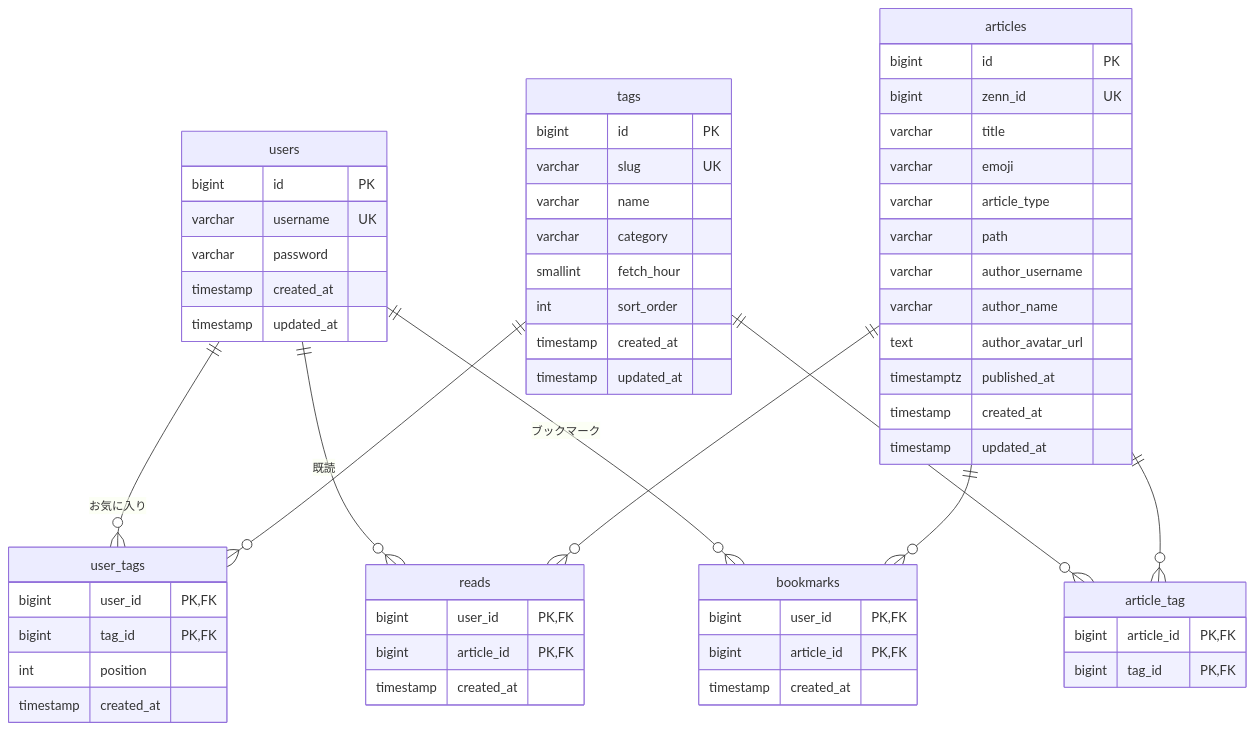
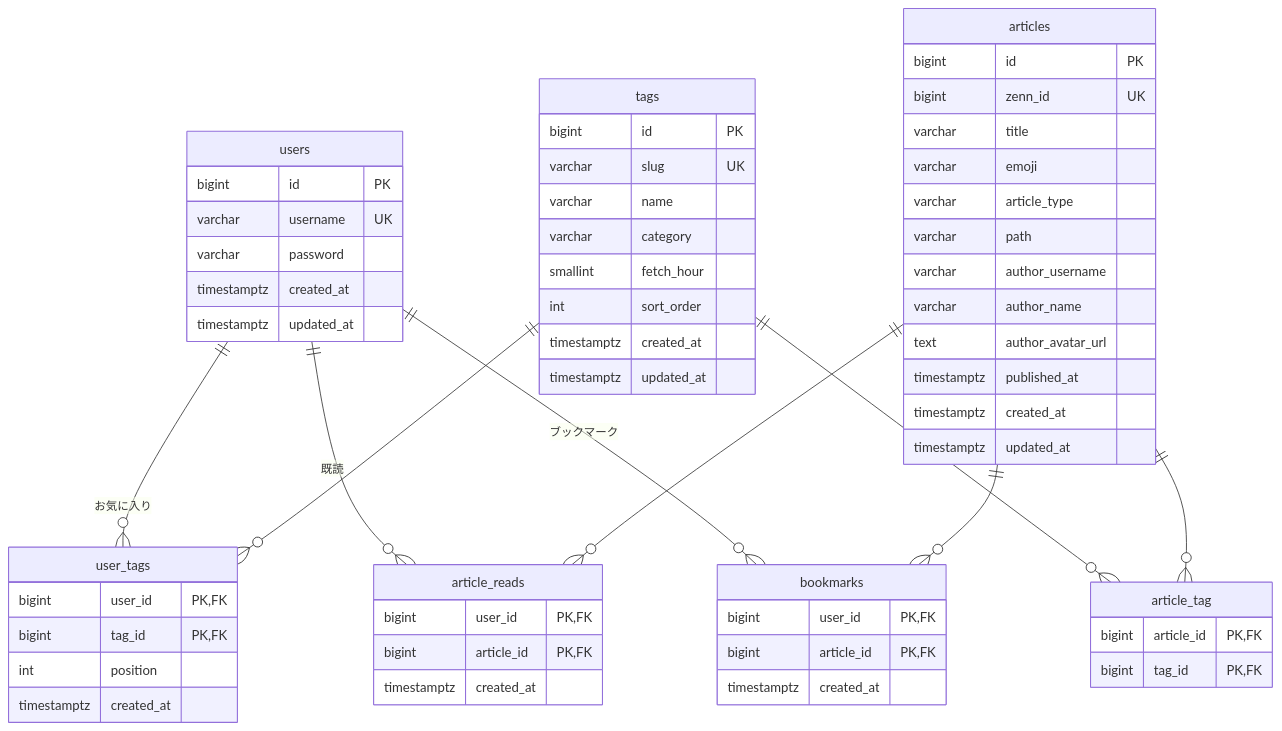
The diagram in doc/05-database.md (kabochan73/ZennNews-Portfolio2), drawn with Mermaid before and after one commit. The commit also changed other lines of this file and 3 other files, not shown here.

````diff
--- a/doc/05-database.md
+++ b/doc/05-database.md
@@ -7,63 +7,63 @@
 ```mermaid
 erDiagram
     users ||--o{ user_tags : "お気に入り"
     tags ||--o{ user_tags : ""
     tags ||--o{ article_tag : ""
     articles ||--o{ article_tag : ""
-    users ||--o{ reads : "既読"
-    articles ||--o{ reads : ""
+    users ||--o{ article_reads : "既読"
+    articles ||--o{ article_reads : ""
     users ||--o{ bookmarks : "ブックマーク"
     articles ||--o{ bookmarks : ""
 
     users {
         bigint id PK
         varchar username UK
         varchar password
-        timestamp created_at
-        timestamp updated_at
+        timestamptz created_at
+        timestamptz updated_at
     }
     tags {
         bigint id PK
         varchar slug UK
         varchar name
         varchar category
         smallint fetch_hour
         int sort_order
-        timestamp created_at
-        timestamp updated_at
+        timestamptz created_at
+        timestamptz updated_at
     }
     articles {
         bigint id PK
         bigint zenn_id UK
         varchar title
         varchar emoji
         varchar article_type
         varchar path
         varchar author_username
         varchar author_name
         text author_avatar_url
         timestamptz published_at
-        timestamp created_at
-        timestamp updated_at
+        timestamptz created_at
+        timestamptz updated_at
     }
     article_tag {
         bigint article_id PK,FK
         bigint tag_id PK,FK
     }
     user_tags {
         bigint user_id PK,FK
         bigint tag_id PK,FK
         int position
-        timestamp created_at
+        timestamptz created_at
     }
-    reads {
+    article_reads {
         bigint user_id PK,FK
         bigint article_id PK,FK
-        timestamp created_at
+        timestamptz created_at
     }
     bookmarks {
         bigint user_id PK,FK
         bigint article_id PK,FK
-        timestamp created_at
+        timestamptz created_at
     }
 ```
````
